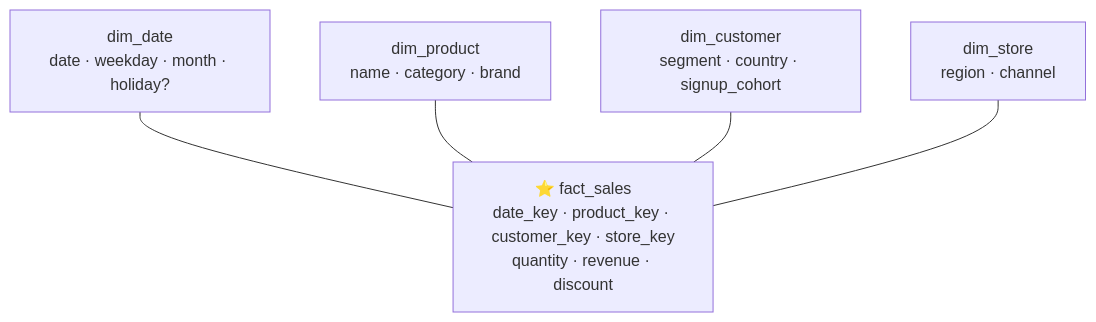
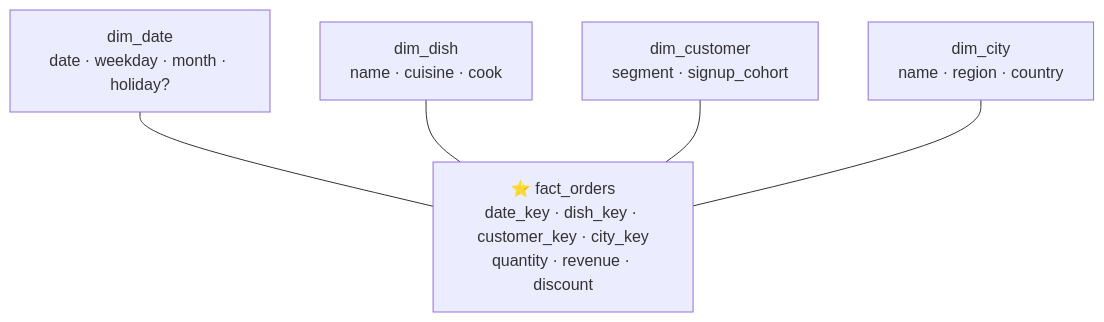
Before and after one commit to winnyboy5/System-Design-from-Atoms: the second of 2 diagrams in phases/05-databases/041-oltp-vs-olap.md, drawn with Mermaid. The commit also changed other lines of this file and 11 other files, not shown here.

````diff
--- a/phases/05-databases/041-oltp-vs-olap.md
+++ b/phases/05-databases/041-oltp-vs-olap.md
@@ -73,8 +64,8 @@
 ```mermaid
 flowchart TB
-    F["⭐ fact_sales<br/>date_key · product_key · customer_key · store_key<br/>quantity · revenue · discount"]
+    F["⭐ fact_orders<br/>date_key · dish_key · customer_key · city_key<br/>quantity · revenue · discount"]
     D1["dim_date<br/>date · weekday · month · holiday?"] --- F
-    D2["dim_product<br/>name · category · brand"] --- F
-    D3["dim_customer<br/>segment · country · signup_cohort"] --- F
-    D4["dim_store<br/>region · channel"] --- F
+    D2["dim_dish<br/>name · cuisine · cook"] --- F
+    D3["dim_customer<br/>segment · signup_cohort"] --- F
+    D4["dim_city<br/>name · region · country"] --- F
 ```
````
